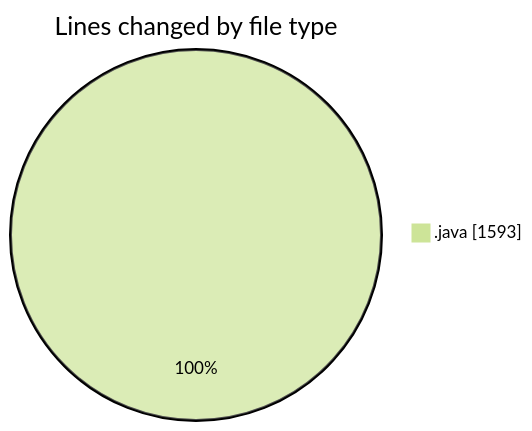
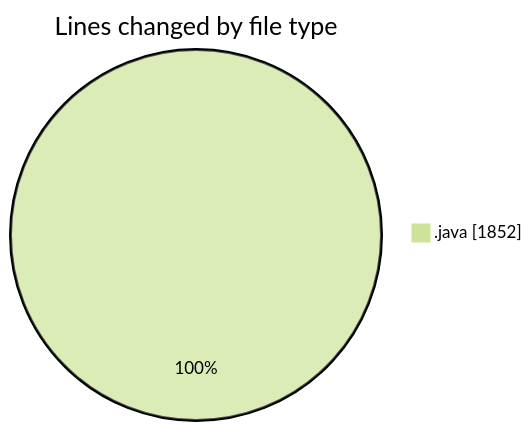
The first of 2 diagrams in 2026-05-13/cilapp/README.md (ricardozamudiocil/code-tracking), drawn with Mermaid (forest theme) before and after one commit. The commit also changed other lines of this file and 1 other file, not shown here.

````diff
--- a/2026-05-13/cilapp/README.md
+++ b/2026-05-13/cilapp/README.md
@@ -24,5 +24,5 @@
 ```mermaid
 pie showData
 title Lines changed by file type
-".java" : 1593
+".java" : 1852
 ```
````
